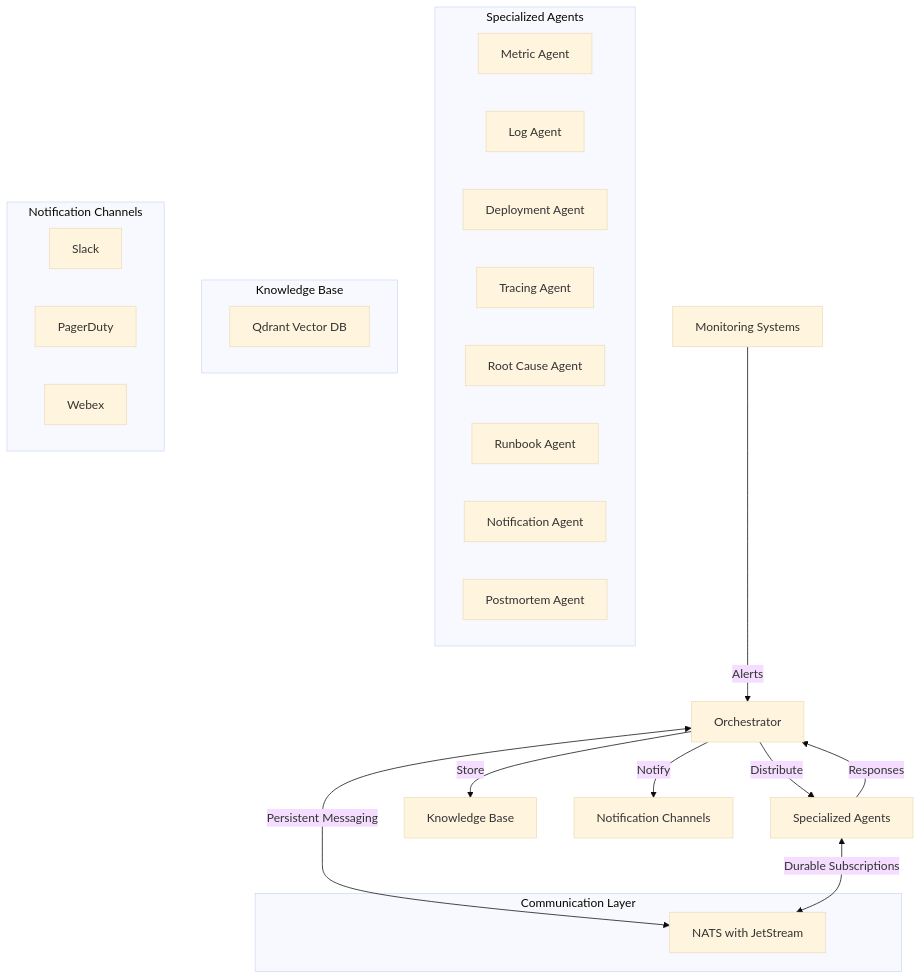
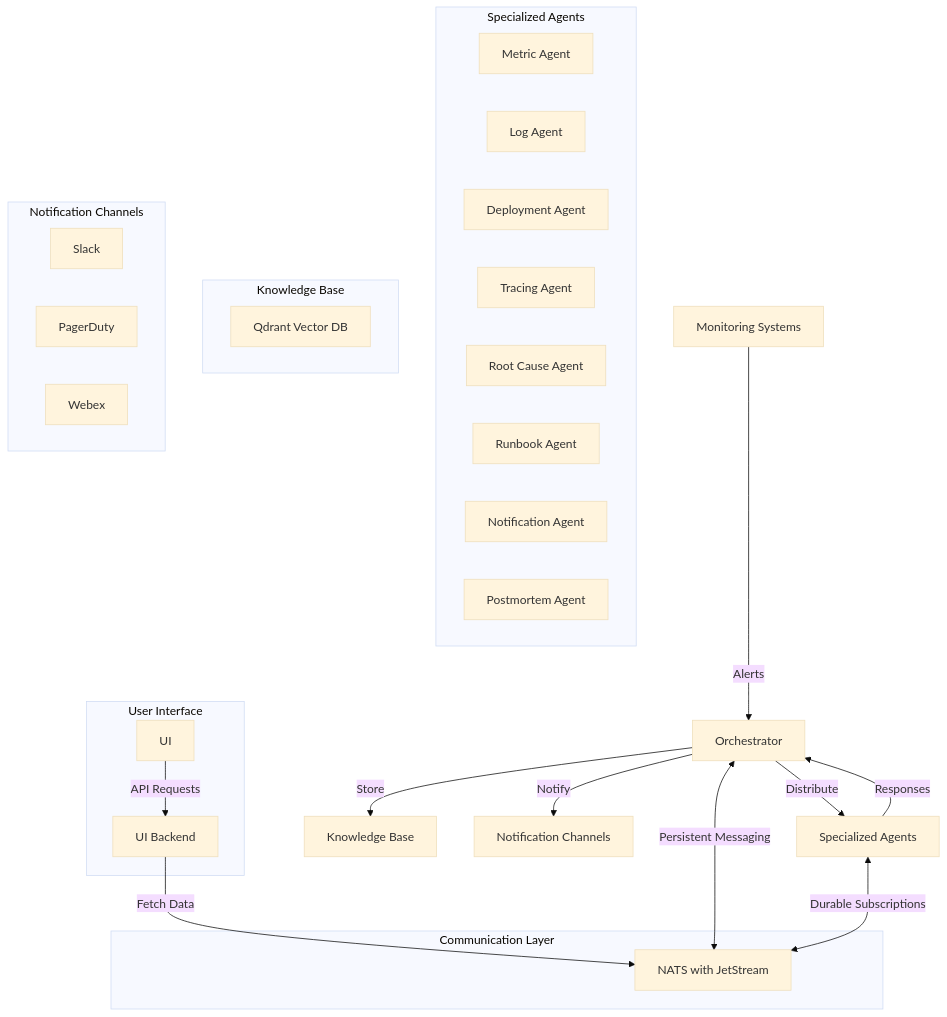
The first of 2 diagrams in docs/ARCHITECTURE.md (upendrasahu/observability-agent), drawn with Mermaid (base theme) before and after one commit. The commit also changed other lines of this file and 76 other files, not shown here.

````diff
--- a/docs/ARCHITECTURE.md
+++ b/docs/ARCHITECTURE.md
@@ -15,36 +15,43 @@
 ```mermaid
 flowchart TD
     A[Monitoring Systems] -->|Alerts| B[Orchestrator]
     B -->|Distribute| C[Specialized Agents]
     C -->|Responses| B
     B -->|Store| D[Knowledge Base]
     B -->|Notify| E[Notification Channels]
+    G[UI Backend] -->|Fetch Data| F1
+    H[UI] -->|API Requests| G
 
 subgraph "Specialized Agents"
     C1[Metric Agent]
     C2[Log Agent]
     C3[Deployment Agent]
     C4[Tracing Agent]
     C5[Root Cause Agent]
     C6[Runbook Agent]
     C7[Notification Agent]
     C8[Postmortem Agent]
 end
 
 subgraph "Knowledge Base"
     D1[Qdrant Vector DB]
 end
 
 subgraph "Notification Channels"
     E1[Slack]
     E2[PagerDuty]
     E3[Webex]
 end
 
 subgraph "Communication Layer"
     F1[NATS with JetStream]
 end
 
+subgraph "User Interface"
+    G[UI Backend]
+    H[UI]
+end
+
 B <-->|Persistent Messaging| F1
 C <-->|Durable Subscriptions| F1
 ```
````
